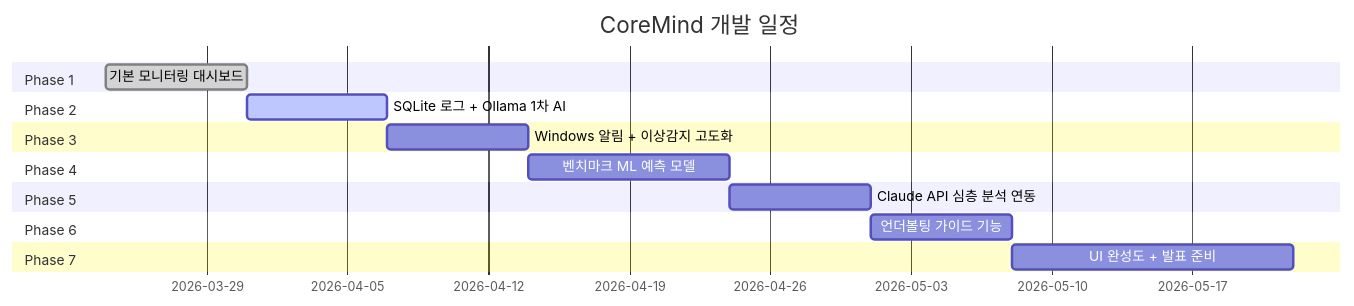
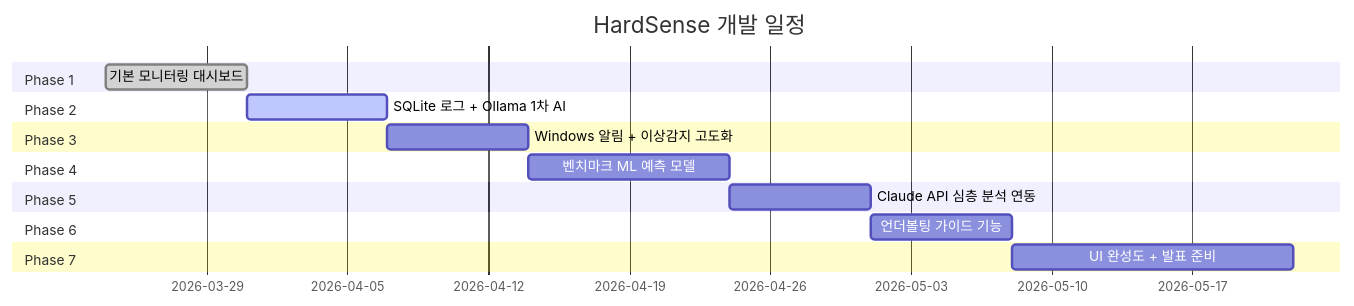
The fifth of 6 diagrams in README.md (ChoiYunSik02/HardSense), drawn with Mermaid before and after one commit. The commit also changed other lines of this file, not shown here.

````diff
--- a/README.md
+++ b/README.md
@@ -209,19 +211,19 @@
 ```mermaid
 gantt
-    title CoreMind 개발 일정
+    title HardSense 개발 일정
     dateFormat  YYYY-MM-DD
     section Phase 1
     기본 모니터링 대시보드     :done,    p1, 2026-03-24, 7d
     section Phase 2
     SQLite 로그 + Ollama 1차 AI :active,  p2, 2026-03-31, 7d
     section Phase 3
     Windows 알림 + 이상감지 고도화 :        p3, 2026-04-07, 7d
     section Phase 4
     벤치마크 ML 예측 모델      :        p4, 2026-04-14, 10d
     section Phase 5
     Claude API 심층 분석 연동  :        p5, 2026-04-24, 7d
     section Phase 6
     언더볼팅 가이드 기능       :        p6, 2026-05-01, 7d
     section Phase 7
     UI 완성도 + 발표 준비      :        p7, 2026-05-08, 14d
 ```
````
